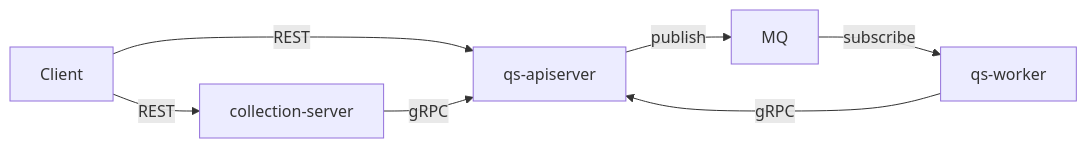
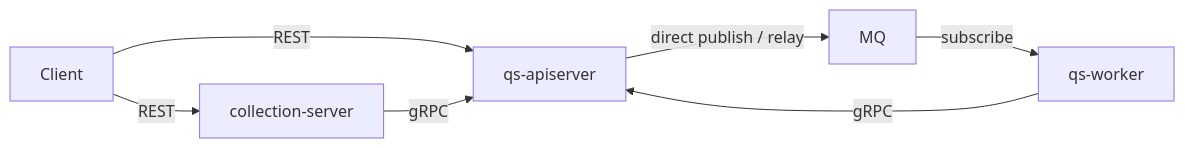
The first of 4 diagrams in docs/01-运行时/04-进程间通信.md (FangcunMount/qs-server), drawn with Mermaid before and after one commit. The commit also changed other lines of this file and 41 other files, not shown here.

````diff
--- a/docs/01-运行时/04-进程间通信.md
+++ b/docs/01-运行时/04-进程间通信.md
@@ -48,15 +48,15 @@
 ```mermaid
 flowchart LR
     client[Client]
     col[collection-server]
     api[qs-apiserver]
     mq[MQ]
     w[qs-worker]
 
     client -->|REST| col
     client -->|REST| api
     col -->|gRPC| api
-    api -->|publish| mq
+    api -->|direct publish / relay| mq
     mq -->|subscribe| w
     w -->|gRPC| api
 ```
````
